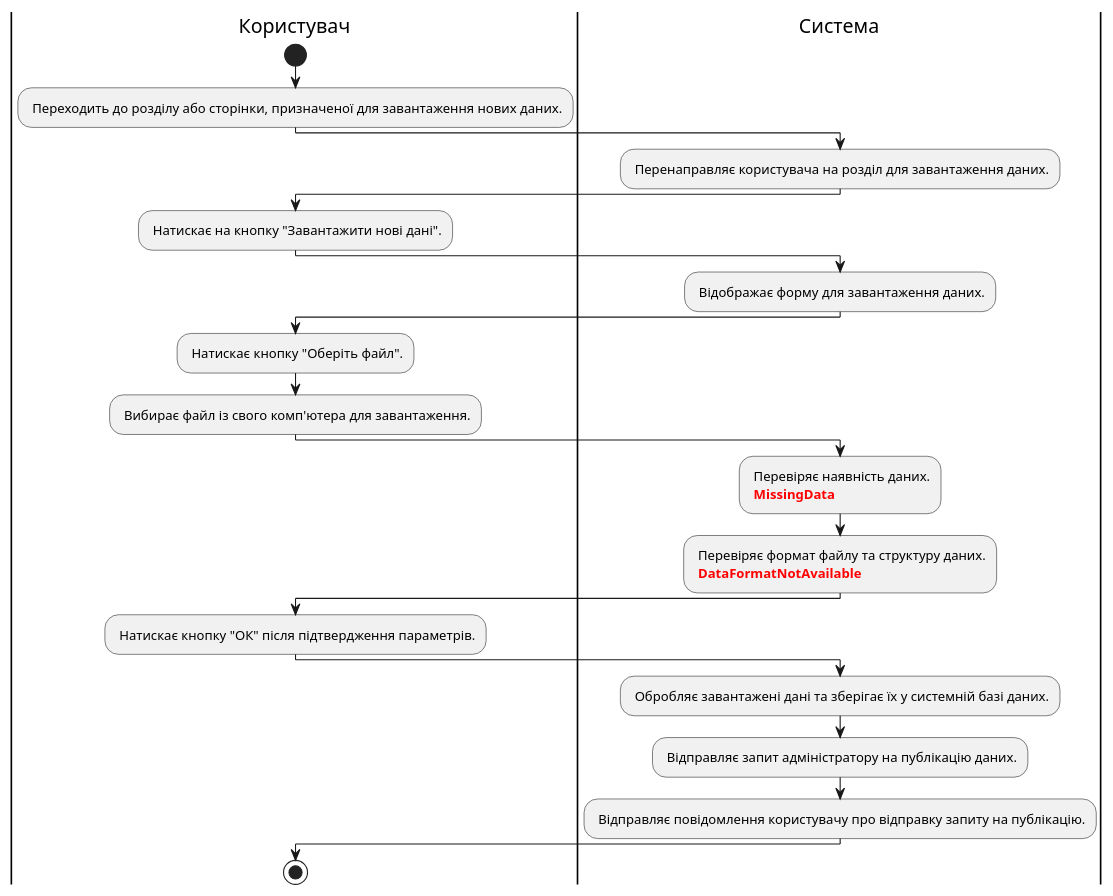
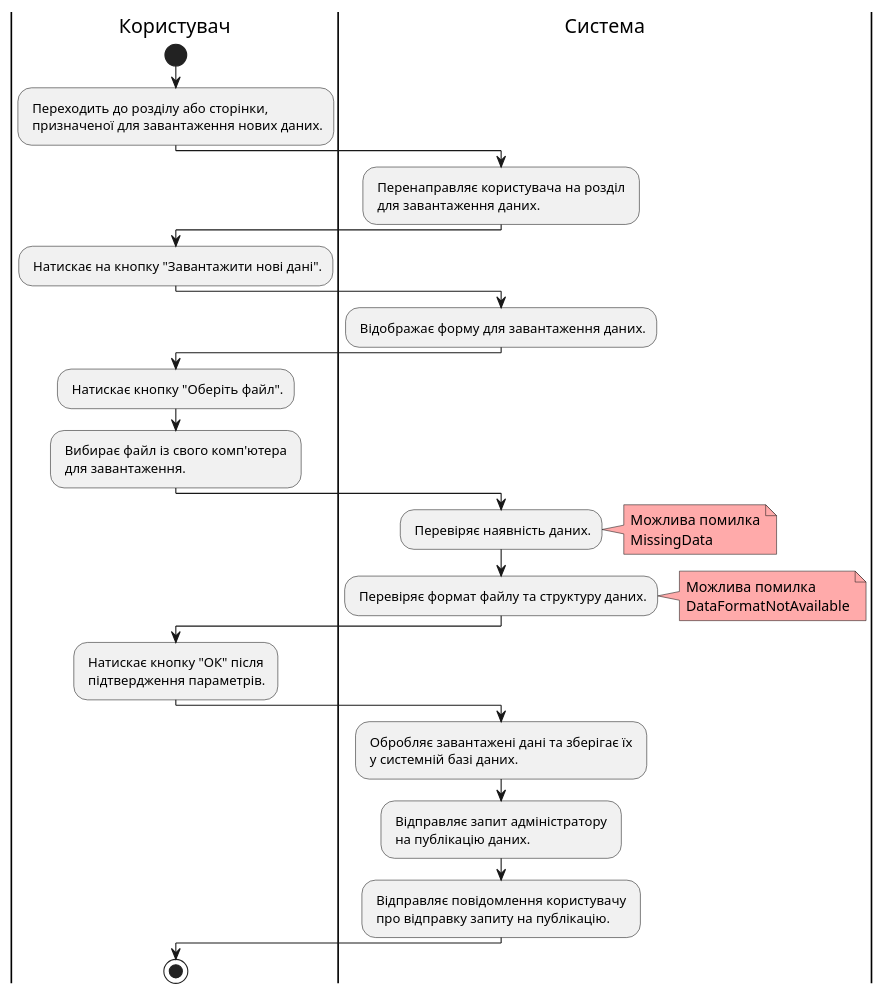
The ninth of 14 diagrams in docs/use cases/README.md (stvake/database_group2), drawn with PlantUML before and after one commit. The commit also changed other lines of this file, not shown here.

```diff
--- a/docs/use cases/README.md
+++ b/docs/use cases/README.md
@@ -362,38 +382,43 @@
 @startuml
 
     |Користувач|
     start;
-    : Переходить до розділу або сторінки, призначеної для завантаження нових даних.;
+    : Переходить до розділу або сторінки, \n призначеної для завантаження нових даних.;
 
     |Система|
-    : Перенаправляє користувача на розділ для завантаження даних.;
+    : Перенаправляє користувача на розділ \n для завантаження даних.;
 
     |Користувач|
     : Натискає на кнопку "Завантажити нові дані".;
     
     |Система|
     : Відображає форму для завантаження даних.;
 
     |Користувач|
     : Натискає кнопку "Оберіть файл".;
-    : Вибирає файл із свого комп'ютера для завантаження.;
+    : Вибирає файл із свого комп'ютера \n для завантаження.;
     
     |Система|
-    : Перевіряє наявність даних.
-    <font color="red"><b> MissingData;
-
-    : Перевіряє формат файлу та структуру даних.
-    <font color="red"><b> DataFormatNotAvailable;
+    : Перевіряє наявність даних.;
+    note right #ffaaaa 
+        Можлива помилка
+        MissingData
+    end note
+    : Перевіряє формат файлу та структуру даних.;
+    note right #ffaaaa
+        Можлива помилка
+        DataFormatNotAvailable
+    end note
 
     |Користувач|
-    : Натискає кнопку "ОК" після підтвердження параметрів.;
+    : Натискає кнопку "ОК" після \n підтвердження параметрів.;
 
     |Система|
-    : Обробляє завантажені дані та зберігає їх у системній базі даних.;
-    : Відправляє запит адміністратору на публікацію даних.;
-    : Відправляє повідомлення користувачу про відправку запиту на публікацію.;
+    : Обробляє завантажені дані та зберігає їх \n у системній базі даних.;
+    : Відправляє запит адміністратору \n на публікацію даних.;
+    : Відправляє повідомлення користувачу \n про відправку запиту на публікацію.;
 
     |Користувач|
     stop;
     
 @enduml
```
